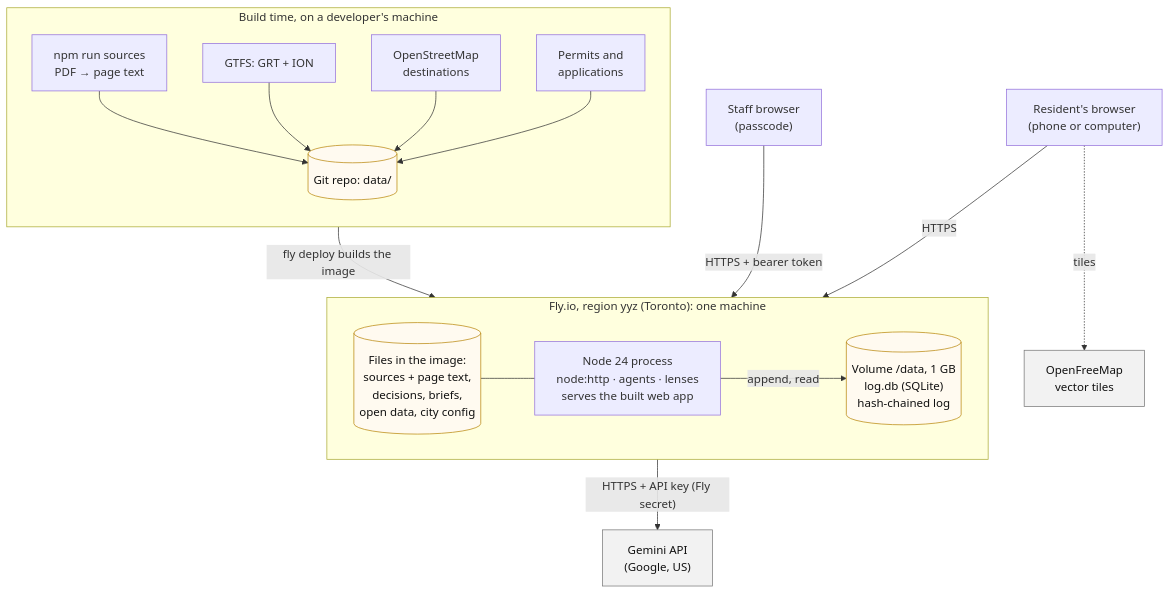
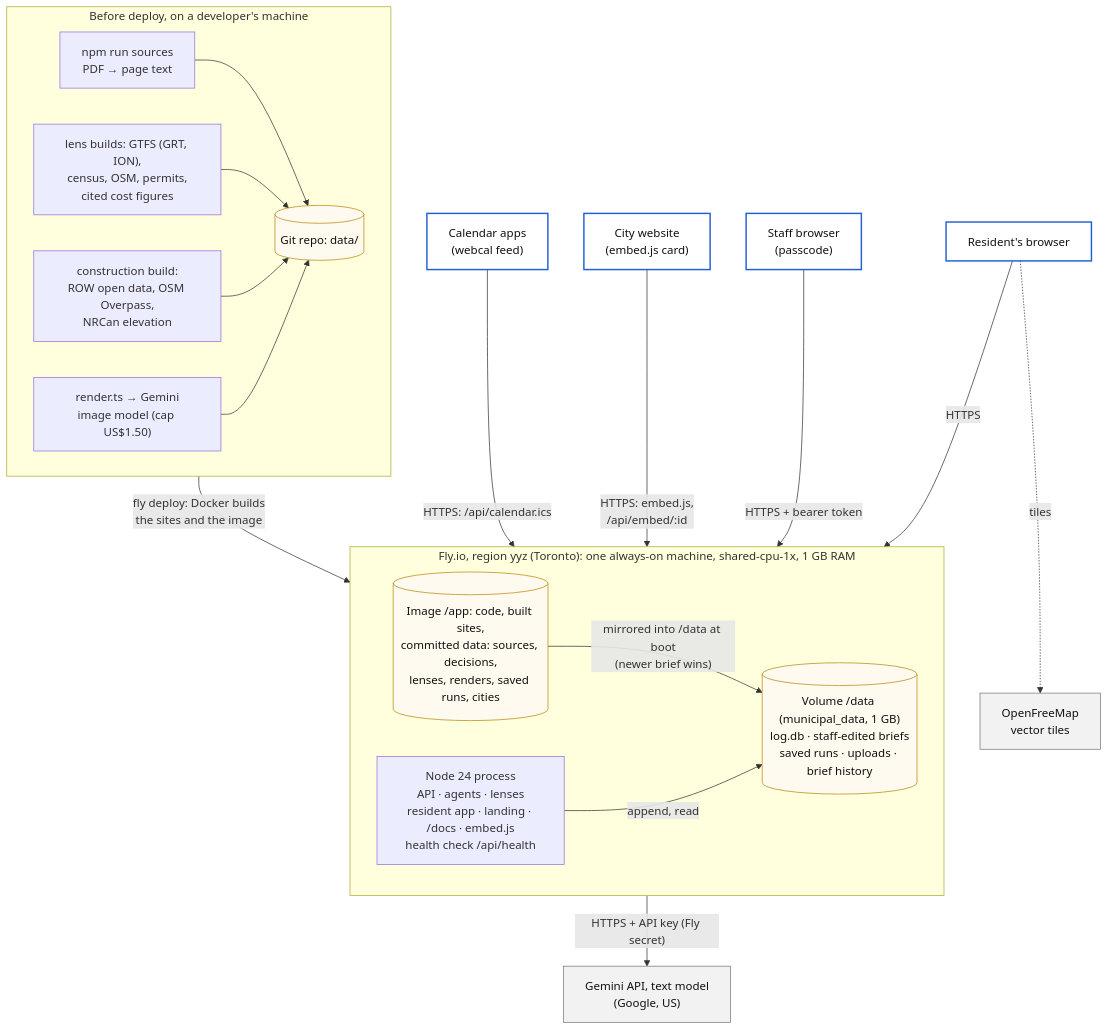
Before and after one commit to RichardLi-1/municipal-agents: the diagram in docs/uml/deployment.mmd, drawn with Mermaid. The commit also changed 81 other files, not shown here.

Commit message:
Write the README with screenshots, finish the requirements, UML, architecture, code tour and references, fill the readiness report with measured costs, count housing progress the province's way, and name construction sites by land use instead of businesses

```diff
--- a/docs/uml/deployment.mmd
+++ b/docs/uml/deployment.mmd
@@ -1,37 +1,43 @@
-%% Deployment: where each part runs.
+%% Deployment: where each part runs (Dockerfile, fly.toml, server/data.ts, server/site.ts).
 flowchart TB
-  rb["Resident's browser<br/>(phone or computer)"]
+  rb["Resident's browser"]
   sb["Staff browser<br/>(passcode)"]
+  cw["City website<br/>(embed.js card)"]
+  ca["Calendar apps<br/>(webcal feed)"]
   tiles["OpenFreeMap<br/>vector tiles"]
 
-  subgraph fly["Fly.io, region yyz (Toronto): one machine"]
+  subgraph fly["Fly.io, region yyz (Toronto): one always-on machine, shared-cpu-1x, 1 GB RAM"]
     direction LR
-    node["Node 24 process<br/>node:http · agents · lenses<br/>serves the built web app"]
-    baked[("Files in the image:<br/>sources + page text,<br/>decisions, briefs,<br/>open data, city config")]
-    vol[("Volume /data, 1 GB<br/>log.db (SQLite)<br/>hash-chained log")]
+    node["Node 24 process<br/>API · agents · lenses<br/>resident app · landing · /docs · embed.js<br/>health check /api/health"]
+    baked[("Image /app: code, built sites,<br/>committed data: sources, decisions,<br/>lenses, renders, saved runs, cities")]
+    vol[("Volume /data (municipal_data, 1 GB)<br/>log.db · staff-edited briefs<br/>saved runs · uploads · brief history")]
   end
 
-  gem["Gemini API<br/>(Google, US)"]
+  gem["Gemini API, text model<br/>(Google, US)"]
 
-  subgraph build["Build time, on a developer's machine"]
-    direction TB
+  subgraph build["Before deploy, on a developer's machine"]
+    direction LR
     p1["npm run sources<br/>PDF → page text"]
-    p2["GTFS: GRT + ION"]
-    p3["OpenStreetMap<br/>destinations"]
-    p4["Permits and<br/>applications"]
+    p2["lens builds: GTFS (GRT, ION),<br/>census, OSM, permits,<br/>cited cost figures"]
+    p3["construction build:<br/>ROW open data, OSM Overpass,<br/>NRCan elevation"]
+    p4["render.ts → Gemini<br/>image model (cap US$1.50)"]
     repo[("Git repo: data/")]
   end
 
   rb -- "HTTPS" --> node
   sb -- "HTTPS + bearer token" --> node
+  cw -- "HTTPS: embed.js,<br/>/api/embed/:id" --> node
+  ca -- "HTTPS: /api/calendar.ics" --> node
   rb -. "tiles" .-> tiles
-  baked --- node
+  baked -- "mirrored into /data at boot<br/>(newer brief wins)" --> vol
   node -- "append, read" --> vol
   node -- "HTTPS + API key (Fly secret)" --> gem
   p1 & p2 & p3 & p4 --> repo
-  repo -- "fly deploy builds the image" --> baked
+  repo -- "fly deploy: Docker builds<br/>the sites and the image" --> baked
 
   classDef ext fill:#f2f2f2,stroke:#777,color:#111
   classDef file fill:#fffaf0,stroke:#b8860b,color:#111
+  classDef client fill:#ffffff,stroke:#1f5fd6,stroke-width:2px,color:#111
   class gem,tiles ext
   class baked,vol,repo file
+  class rb,sb,cw,ca client
```
